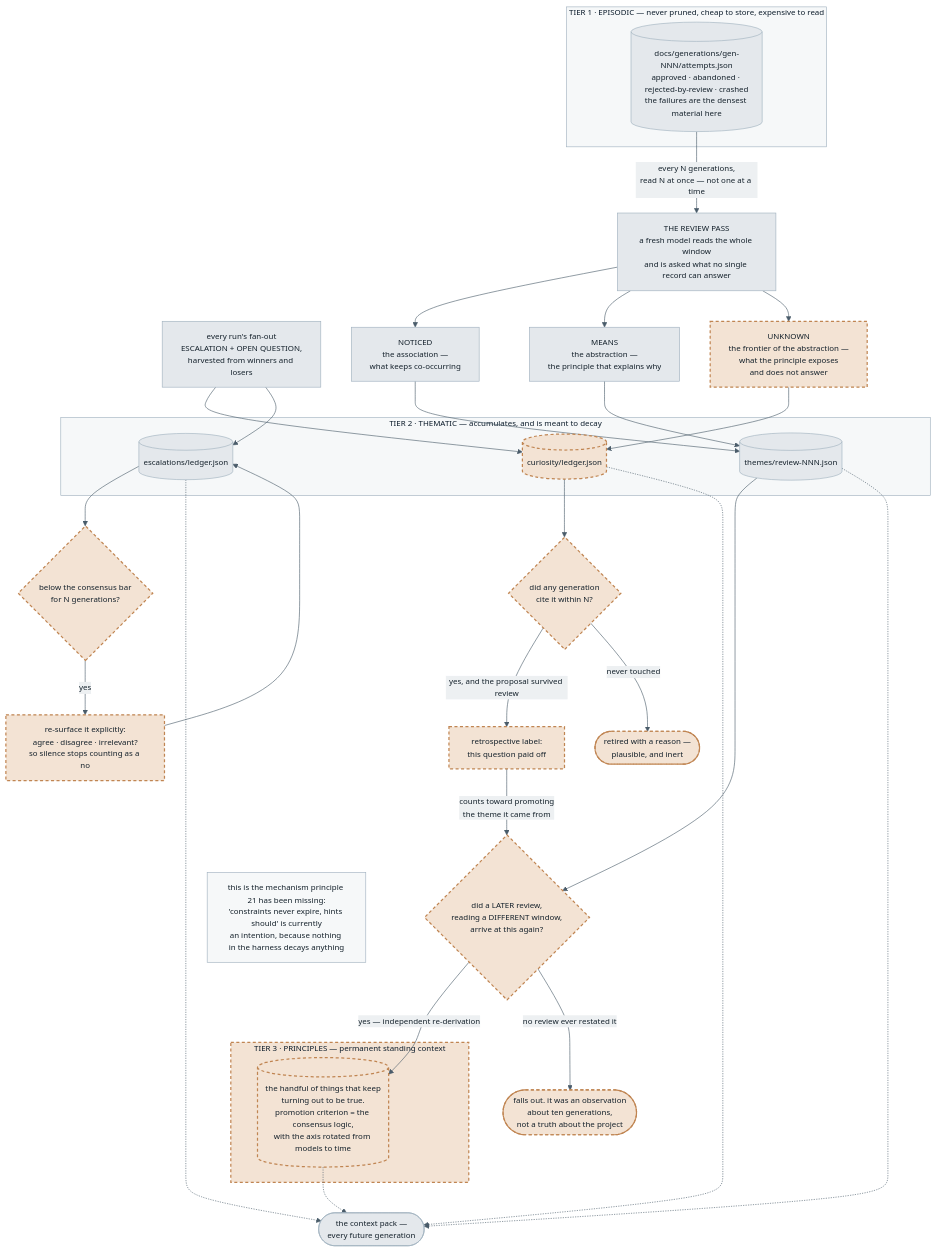
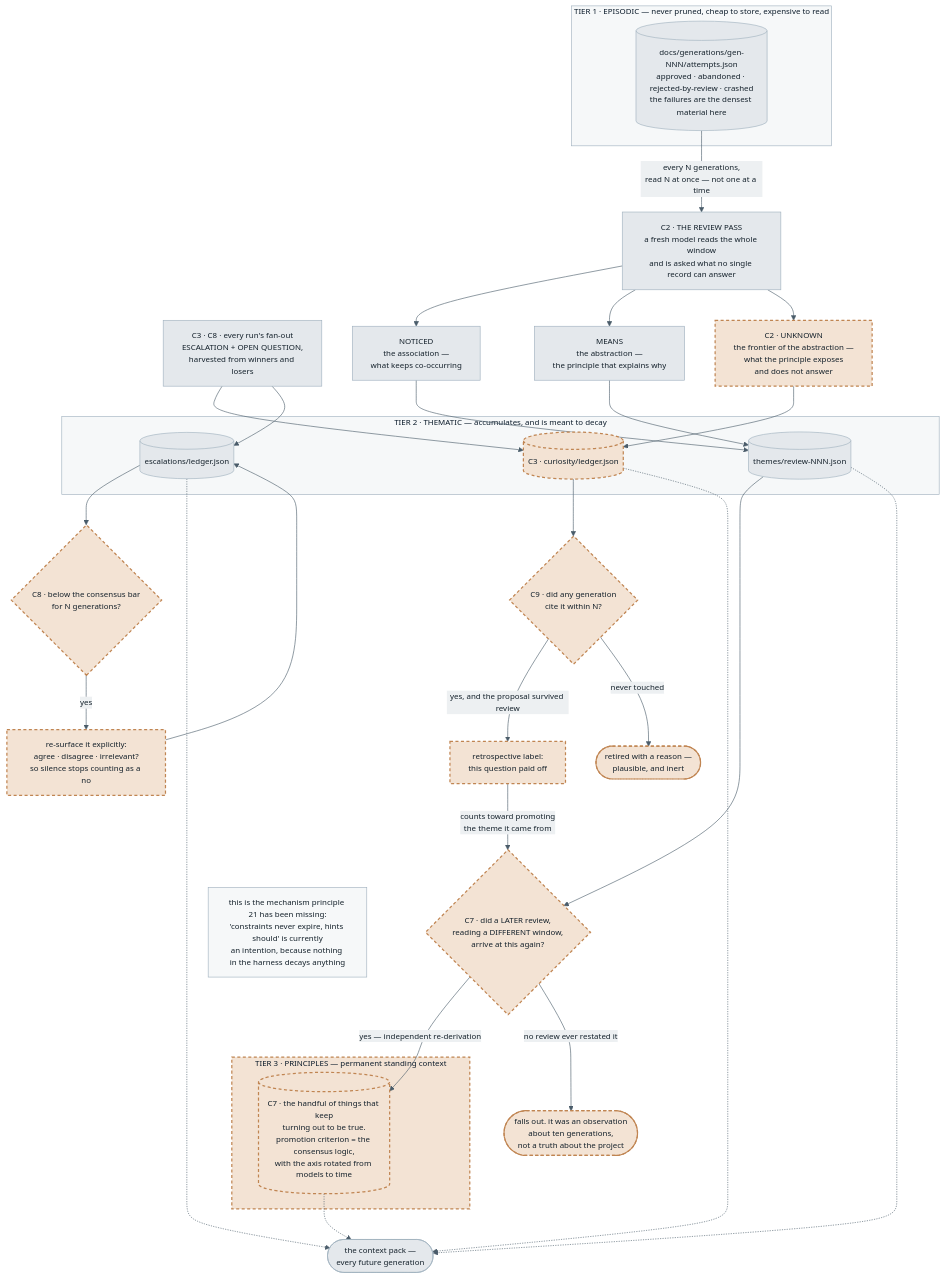
Before and after one commit to Chrisfoz/self-optimisation: the diagram in learning/diagrams/proposed-curiosity-memory.mmd, drawn with Mermaid. The commit also changed 15 other files, not shown here.

```diff
--- a/learning/diagrams/proposed-curiosity-memory.mmd
+++ b/learning/diagrams/proposed-curiosity-memory.mmd
@@ -1,56 +1,56 @@
 %%{init: {"theme":"base","themeVariables":{"fontSize":"13px","primaryColor":"#E4E8EC","primaryTextColor":"#14212B","primaryBorderColor":"#9FB0BE","lineColor":"#4A5C6A","secondaryColor":"#DCE7F0","tertiaryColor":"#F3E3D4","clusterBkg":"#F6F8F9","clusterBorder":"#9FB0BE","edgeLabelBackground":"#EDF0F2","textColor":"#14212B"}}}%%
 flowchart TB
   subgraph t1["TIER 1 · EPISODIC — never pruned, cheap to store, expensive to read"]
     gens[("docs/generations/gen-NNN/attempts.json<br/>approved · abandoned · rejected-by-review · crashed<br/>the failures are the densest material here")]
   end
 
-  fan["every run's fan-out<br/>ESCALATION + OPEN QUESTION,<br/>harvested from winners and losers"]
+  fan["C3 · C8 · every run's fan-out<br/>ESCALATION + OPEN QUESTION,<br/>harvested from winners and losers"]
 
-  gens -->|"every N generations,<br/>read N at once — not one at a time"| trev["THE REVIEW PASS<br/>a fresh model reads the whole window<br/>and is asked what no single record can answer"]
+  gens -->|"every N generations,<br/>read N at once — not one at a time"| trev["C2 · THE REVIEW PASS<br/>a fresh model reads the whole window<br/>and is asked what no single record can answer"]
 
   trev --> noticed["NOTICED<br/>the association —<br/>what keeps co-occurring"]
   trev --> means["MEANS<br/>the abstraction —<br/>the principle that explains why"]
-  trev --> unknown["UNKNOWN<br/>the frontier of the abstraction —<br/>what the principle exposes<br/>and does not answer"]
+  trev --> unknown["C2 · UNKNOWN<br/>the frontier of the abstraction —<br/>what the principle exposes<br/>and does not answer"]
 
   subgraph t2["TIER 2 · THEMATIC — accumulates, and is meant to decay"]
     themes[("themes/review-NNN.json")]
     esc[("escalations/ledger.json")]
-    ques[("curiosity/ledger.json")]
+    ques[("C3 · curiosity/ledger.json")]
   end
 
   noticed --> themes
   means --> themes
   unknown --> ques
   fan --> ques
   fan --> esc
 
-  themes --> rederived{"did a LATER review,<br/>reading a DIFFERENT window,<br/>arrive at this again?"}
+  themes --> rederived{"C7 · did a LATER review,<br/>reading a DIFFERENT window,<br/>arrive at this again?"}
   rederived -->|"yes — independent re-derivation"| prin
   rederived -->|"no review ever restated it"| drop(["falls out. it was an observation<br/>about ten generations,<br/>not a truth about the project"])
 
-  ques --> cited{"did any generation<br/>cite it within N?"}
+  ques --> cited{"C9 · did any generation<br/>cite it within N?"}
   cited -->|"yes, and the proposal survived review"| paid["retrospective label:<br/>this question paid off"]
   cited -->|"never touched"| retire(["retired with a reason —<br/>plausible, and inert"])
   paid -->|"counts toward promoting<br/>the theme it came from"| rederived
 
-  esc --> stuck{"below the consensus bar<br/>for N generations?"}
+  esc --> stuck{"C8 · below the consensus bar<br/>for N generations?"}
   stuck -->|"yes"| resurf["re-surface it explicitly:<br/>agree · disagree · irrelevant?<br/>so silence stops counting as a no"]
   resurf --> esc
 
   subgraph t3["TIER 3 · PRINCIPLES — permanent standing context"]
-    prin[("the handful of things that keep<br/>turning out to be true.<br/>promotion criterion = the consensus logic,<br/>with the axis rotated from models to time")]
+    prin[("C7 · the handful of things that keep<br/>turning out to be true.<br/>promotion criterion = the consensus logic,<br/>with the axis rotated from models to time")]
   end
 
   prin -.-> out
   themes -.-> out
   esc -.-> out
   ques -.-> out
   out(["the context pack —<br/>every future generation"])
 
   note["this is the mechanism principle 21 has been missing:<br/>'constraints never expire, hints should' is currently<br/>an intention, because nothing in the harness decays anything"]
   note ~~~ t3
 
   classDef proposed fill:#F3E3D4,stroke:#C08552,stroke-width:2px,stroke-dasharray:5 4;
   classDef note fill:#F6F8F9,stroke:#9FB0BE,stroke-width:1px;
   class unknown,ques,cited,paid,retire,rederived,drop,prin,t3,stuck,resurf proposed;
   class note note;
```
